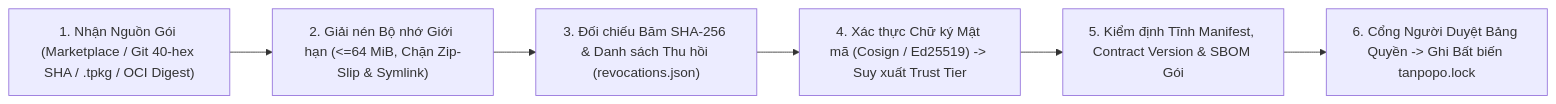
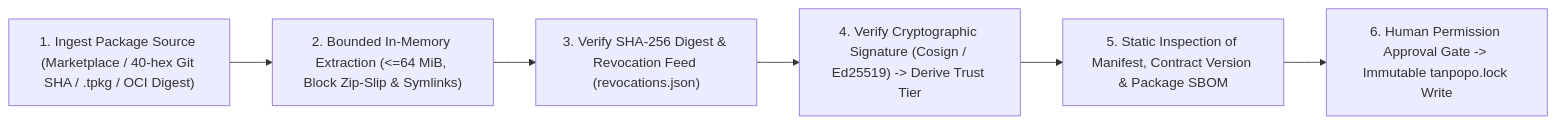
One commit to nguywnben/tanpopo changed the diagram in docs/security/plugin-sandbox-and-supply-chain.md. Above: the diagram before and after it, drawn with Mermaid. The commit also changed other lines of this file and 111 other files, not shown here.

````diff
--- a/docs/security/plugin-sandbox-and-supply-chain.md
+++ b/docs/security/plugin-sandbox-and-supply-chain.md
@@ -27,8 +27,8 @@
 ```mermaid
 flowchart LR
-    P1["1. Nhận Nguồn Gói (Marketplace / Git 40-hex SHA / .tpkg / OCI Digest)"] --> P2["2. Giải nén Bộ nhớ Giới hạn (<=64 MiB, Chặn Zip-Slip & Symlink)"]
-    P2 --> P3["3. Đối chiếu Băm SHA-256 & Danh sách Thu hồi (revocations.json)"]
-    P3 --> P4["4. Xác thực Chữ ký Mật mã (Cosign / Ed25519) -> Suy xuất Trust Tier"]
-    P4 --> P5["5. Kiểm định Tĩnh Manifest, Contract Version & SBOM Gói"]
-    P5 --> P6["6. Cổng Người Duyệt Bảng Quyền -> Ghi Bất biến tanpopo.lock"]
+    P1["1. Ingest Package Source (Marketplace / 40-hex Git SHA / .tpkg / OCI Digest)"] --> P2["2. Bounded In-Memory Extraction (<=64 MiB, Block Zip-Slip & Symlinks)"]
+    P2 --> P3["3. Verify SHA-256 Digest & Revocation Feed (revocations.json)"]
+    P3 --> P4["4. Verify Cryptographic Signature (Cosign / Ed25519) -> Derive Trust Tier"]
+    P4 --> P5["5. Static Inspection of Manifest, Contract Version & Package SBOM"]
+    P5 --> P6["6. Human Permission Approval Gate -> Immutable tanpopo.lock Write"]
 ```
````
